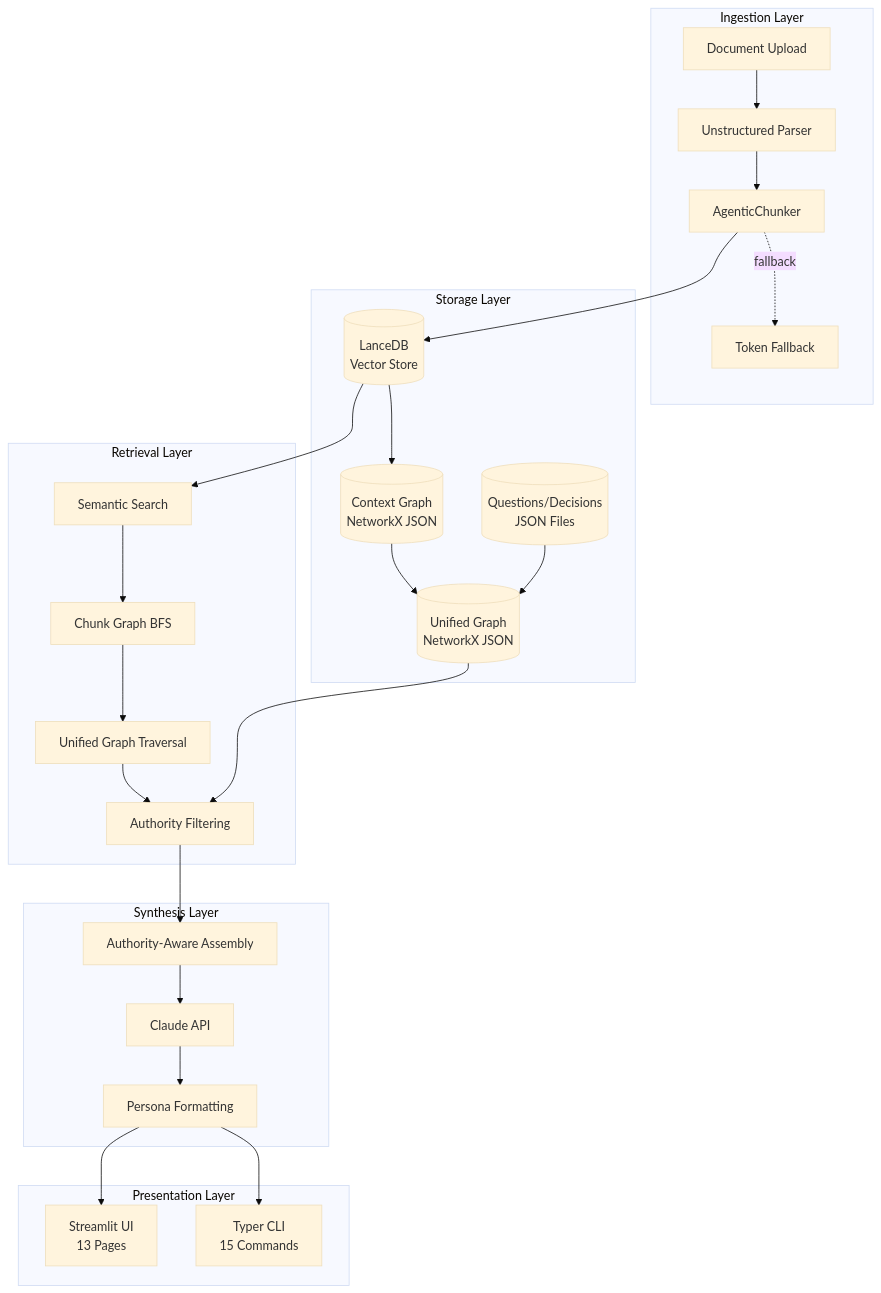
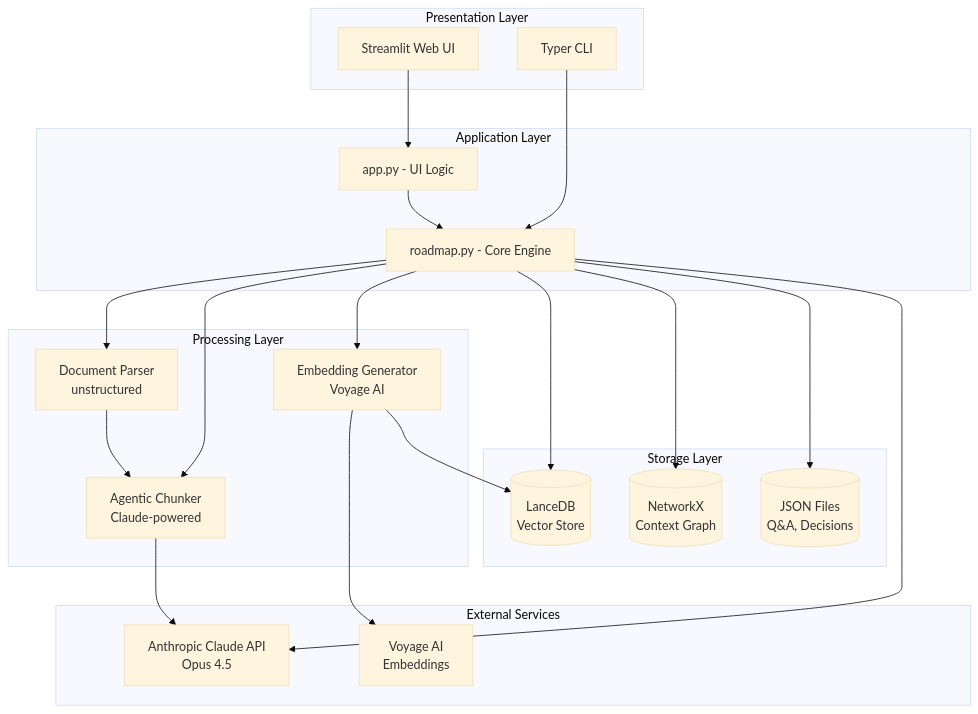
The first of 11 diagrams in ARCHITECTURE_REVIEW.md (HumanFirstAi/roadmap-synth), drawn with Mermaid (base theme) before and after one commit. The commit also changed other lines of this file and 11 other files, not shown here.

First line of the commit message:
Add expanded test suite and update architecture documentation

````diff
--- a/ARCHITECTURE_REVIEW.md
+++ b/ARCHITECTURE_REVIEW.md
@@ -79,54 +46,49 @@
 ```mermaid
 graph TB
-    subgraph "Ingestion Layer"
-        A[Document Upload]
-        B[Unstructured Parser]
-        C[AgenticChunker]
-        D[Token Fallback]
-        C -.fallback.-> D
+    subgraph "Presentation Layer"
+        UI[Streamlit Web UI]
+        CLI[Typer CLI]
+    end
+
+    subgraph "Application Layer"
+        APP[app.py - UI Logic]
+        ROADMAP[roadmap.py - Core Engine]
+    end
+
+    subgraph "Processing Layer"
+        DOC_PARSE[Document Parser<br/>unstructured]
+        CHUNKER[Agentic Chunker<br/>Claude-powered]
+        EMBEDDER[Embedding Generator<br/>Voyage AI]
     end
 
     subgraph "Storage Layer"
-        E[(LanceDB<br/>Vector Store)]
-        F[(Context Graph<br/>NetworkX JSON)]
-        G[(Unified Graph<br/>NetworkX JSON)]
-        H[(Questions/Decisions<br/>JSON Files)]
+        LANCE[(LanceDB<br/>Vector Store)]
+        GRAPH[(NetworkX<br/>Context Graph)]
+        JSON[(JSON Files<br/>Q&A, Decisions)]
     end
 
-    subgraph "Retrieval Layer"
-        I[Semantic Search]
-        J[Chunk Graph BFS]
-        K[Unified Graph Traversal]
-        L[Authority Filtering]
+    subgraph "External Services"
+        CLAUDE[Anthropic Claude API<br/>Opus 4.5]
+        VOYAGE[Voyage AI<br/>Embeddings]
     end
 
-    subgraph "Synthesis Layer"
-        M[Claude API]
-        N[Authority-Aware Assembly]
-        O[Persona Formatting]
-    end
+    UI --> APP
+    CLI --> ROADMAP
+    APP --> ROADMAP
 
-    subgraph "Presentation Layer"
-        P[Streamlit UI<br/>13 Pages]
-        Q[Typer CLI<br/>15 Commands]
-    end
+    ROADMAP --> DOC_PARSE
+    ROADMAP --> CHUNKER
+    ROADMAP --> EMBEDDER
 
-    A --> B
-    B --> C
-    C --> E
-    E --> F
-    F --> G
+    DOC_PARSE --> CHUNKER
+    CHUNKER --> CLAUDE
 
-    E --> I
-    I --> J
-    J --> K
-    K --> L
-    L --> N
-    N --> M
-    M --> O
-    O --> P
-    O --> Q
+    EMBEDDER --> VOYAGE
+    EMBEDDER --> LANCE
 
-    H --> G
-    G --> L
+    ROADMAP --> LANCE
+    ROADMAP --> GRAPH
+    ROADMAP --> JSON
+
+    ROADMAP --> CLAUDE
 ```
````
